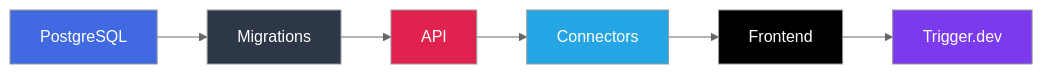
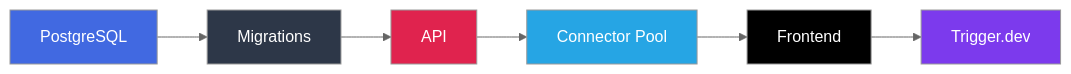
The ninth of 9 diagrams in README.md (kolezka/flowbot), drawn with Mermaid (neutral theme) before and after one commit. The commit also changed other lines of this file and 1 other file, not shown here.

First line of the commit message:
docs: update README and system-design for unified connector pool

````diff
--- a/README.md
+++ b/README.md
@@ -467,15 +463,15 @@
 ```mermaid
 graph LR
     PG["PostgreSQL"] --> MIG["Migrations"]
     MIG --> API["API"]
-    API --> CON["Connectors"]
-    CON --> FE["Frontend"]
+    API --> CP["Connector Pool"]
+    CP --> FE["Frontend"]
     FE --> TR["Trigger.dev"]
 
     style PG fill:#4169E1,color:#fff
     style MIG fill:#2D3748,color:#fff
     style API fill:#e0234e,color:#fff
-    style CON fill:#26A5E4,color:#fff
+    style CP fill:#26A5E4,color:#fff
     style FE fill:#000,color:#fff
     style TR fill:#7C3AED,color:#fff
 ```
````
